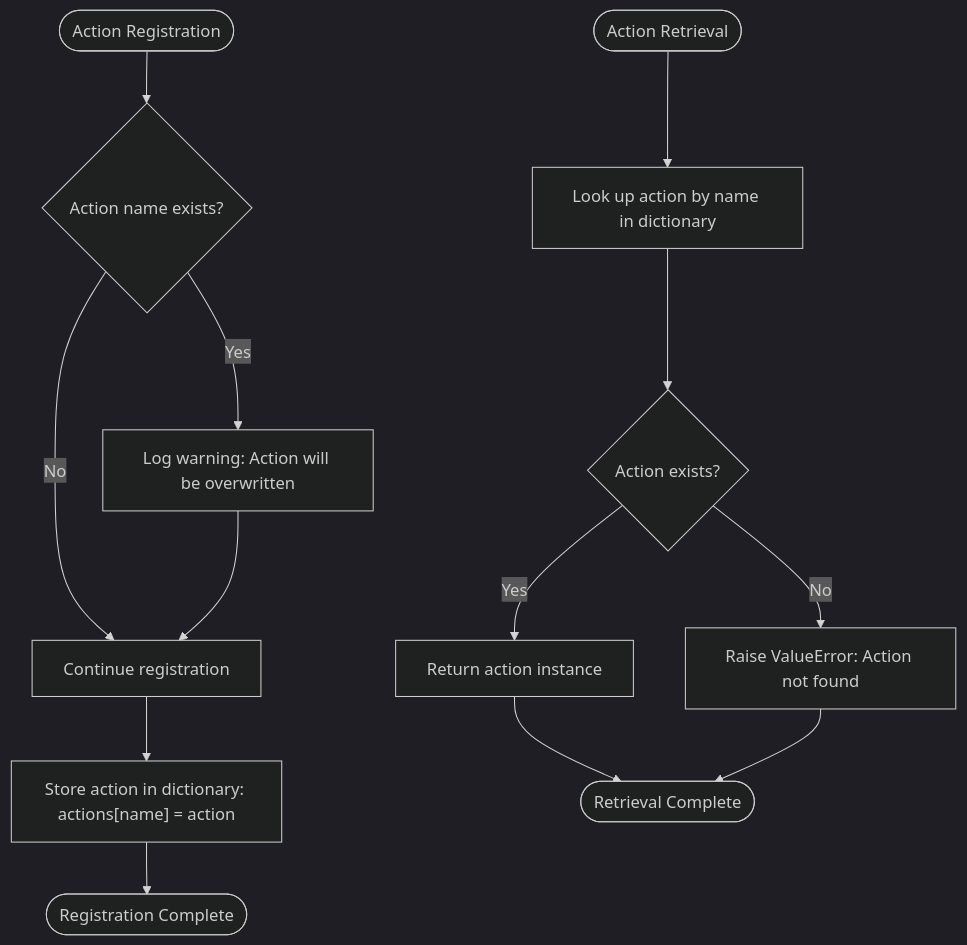
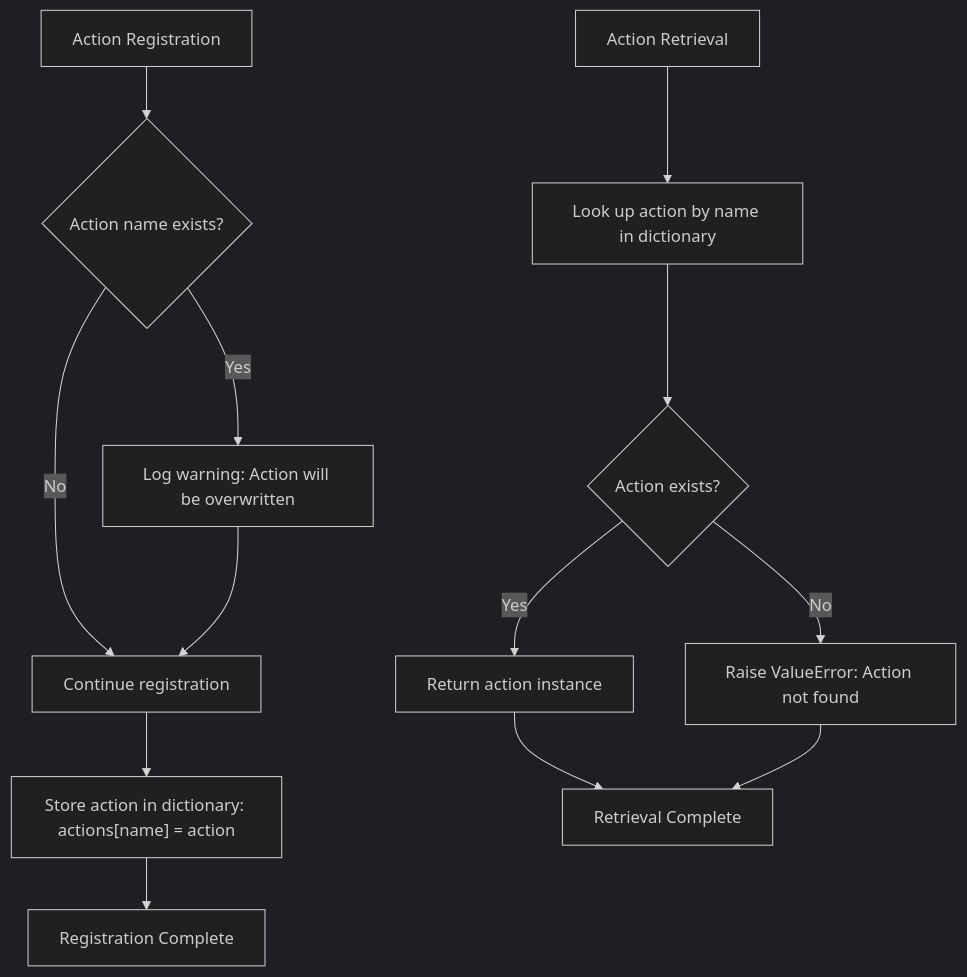
The second of 7 diagrams in docs/Action System/Action Registry.md (Likhithsai2580/RAVANA-WIKI), drawn with Mermaid (dark theme) before and after one commit. The commit also changed other lines of this file and 52 other files, not shown here.

First line of the commit message:
chore(docs): update documentation content, fix Mermaid diagrams, and enhance README

````diff
--- a/docs/Action System/Action Registry.md
+++ b/docs/Action System/Action Registry.md
@@ -81,15 +81,15 @@
 ```mermaid
 flowchart TD
-Start([Action Registration]) --> CheckName{"Action name exists?"}
+Start["Action Registration"] --> CheckName{"Action name exists?"}
 CheckName --> |Yes| LogWarning["Log warning: Action will be overwritten"]
 CheckName --> |No| Continue[Continue registration]
 LogWarning --> Continue
 Continue --> StoreAction["Store action in dictionary: actions[name] = action"]
-StoreAction --> End([Registration Complete])
-RetrieveStart([Action Retrieval]) --> FindAction["Look up action by name in dictionary"]
+StoreAction --> End["Registration Complete"]
+RetrieveStart["Action Retrieval"] --> FindAction["Look up action by name in dictionary"]
 FindAction --> ActionExists{"Action exists?"}
 ActionExists --> |Yes| ReturnAction["Return action instance"]
 ActionExists --> |No| RaiseError["Raise ValueError: Action not found"]
-ReturnAction --> End2([Retrieval Complete])
+ReturnAction --> End2["Retrieval Complete"]
 RaiseError --> End2
 ```
````
